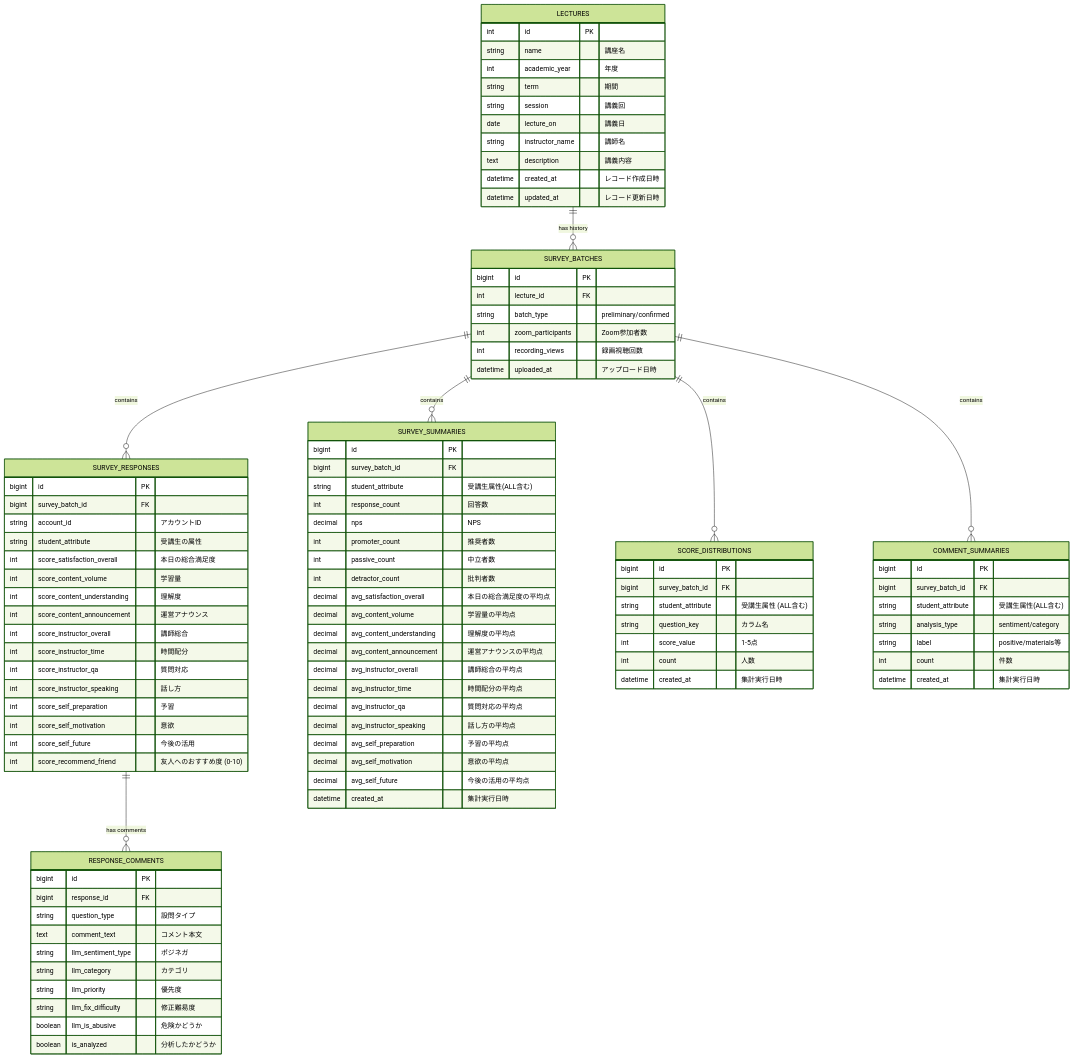
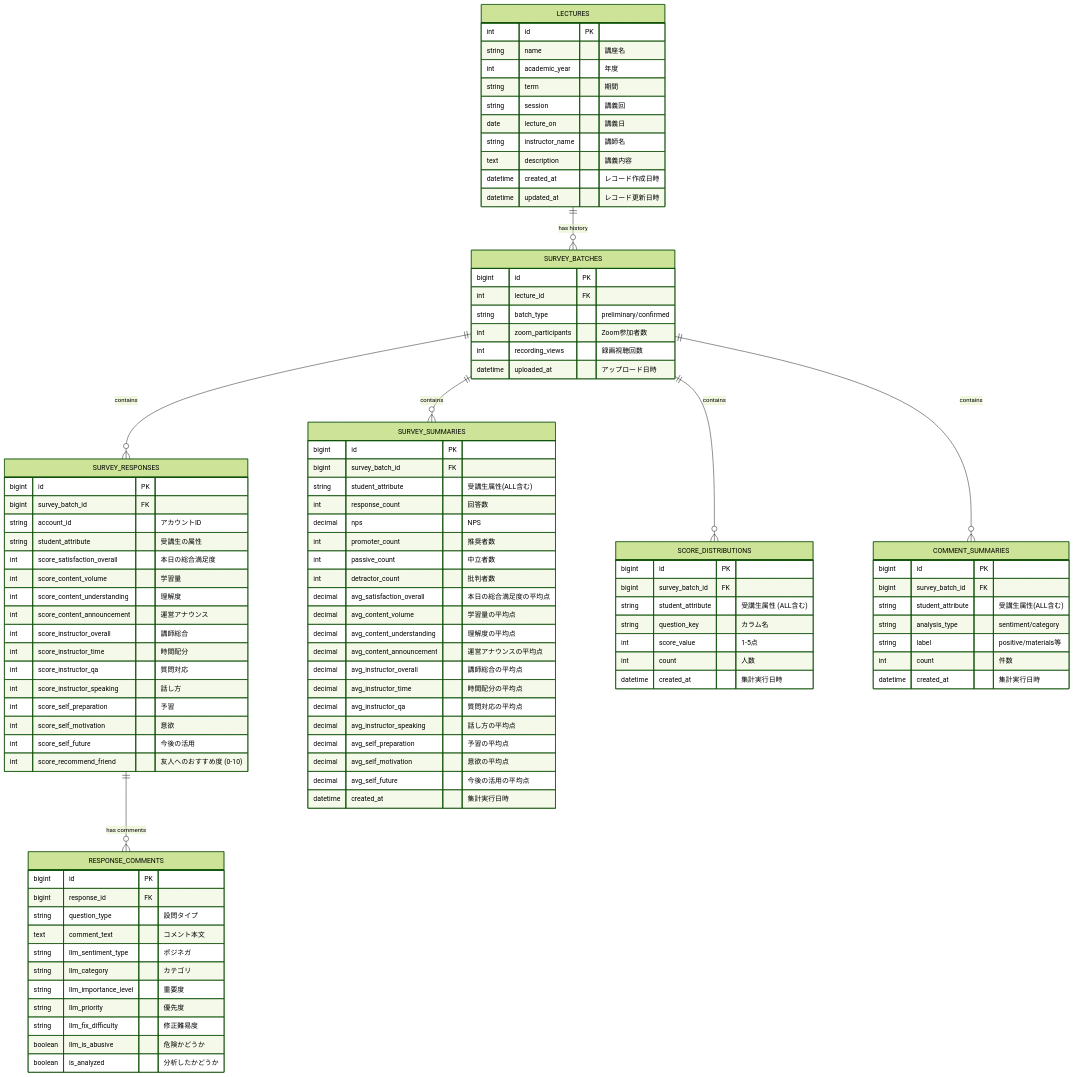
The diagram in docs/database.md (yt1970/AIE-DXproject_1_back), drawn with Mermaid (forest theme) before and after one commit.

```diff
--- a/docs/database.md
+++ b/docs/database.md
@@ -124,6 +124,8 @@
 
         string llm_category "カテゴリ"
 
+        string llm_importance_level "重要度"
+
         string llm_priority "優先度"
 
         string llm_fix_difficulty "修正難易度"
```
